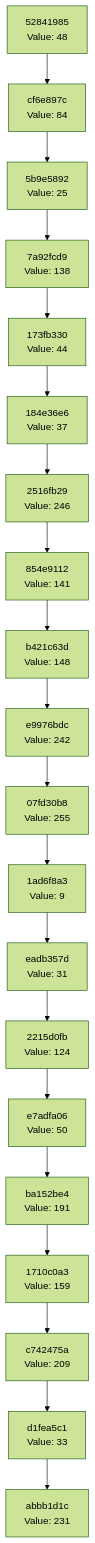
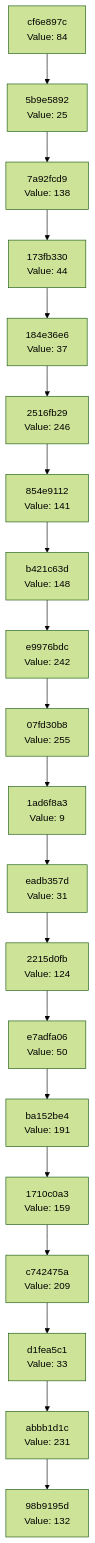
One commit to Abhisheksinha1506/hash-chain-evolver changed the diagram in docs/CHAIN_VISUALIZATION.md. Above: the diagram before and after it, drawn with Mermaid (forest theme). The commit also changed 3 other files, not shown here.

````diff
--- a/docs/CHAIN_VISUALIZATION.md
+++ b/docs/CHAIN_VISUALIZATION.md
@@ -3,42 +3,42 @@
 ```mermaid
 graph TD
-    C0["abbb1d1c<br/>Value: 231"]
-    C1["d1fea5c1<br/>Value: 33"]
+    C0["98b9195d<br/>Value: 132"]
+    C1["abbb1d1c<br/>Value: 231"]
     C1 --> C0
-    C2["c742475a<br/>Value: 209"]
+    C2["d1fea5c1<br/>Value: 33"]
     C2 --> C1
-    C3["1710c0a3<br/>Value: 159"]
+    C3["c742475a<br/>Value: 209"]
     C3 --> C2
-    C4["ba152be4<br/>Value: 191"]
+    C4["1710c0a3<br/>Value: 159"]
     C4 --> C3
-    C5["e7adfa06<br/>Value: 50"]
+    C5["ba152be4<br/>Value: 191"]
     C5 --> C4
-    C6["2215d0fb<br/>Value: 124"]
+    C6["e7adfa06<br/>Value: 50"]
     C6 --> C5
-    C7["eadb357d<br/>Value: 31"]
+    C7["2215d0fb<br/>Value: 124"]
     C7 --> C6
-    C8["1ad6f8a3<br/>Value: 9"]
+    C8["eadb357d<br/>Value: 31"]
     C8 --> C7
-    C9["07fd30b8<br/>Value: 255"]
+    C9["1ad6f8a3<br/>Value: 9"]
     C9 --> C8
-    C10["e9976bdc<br/>Value: 242"]
+    C10["07fd30b8<br/>Value: 255"]
     C10 --> C9
-    C11["b421c63d<br/>Value: 148"]
+    C11["e9976bdc<br/>Value: 242"]
     C11 --> C10
-    C12["854e9112<br/>Value: 141"]
+    C12["b421c63d<br/>Value: 148"]
     C12 --> C11
-    C13["2516fb29<br/>Value: 246"]
+    C13["854e9112<br/>Value: 141"]
     C13 --> C12
-    C14["184e36e6<br/>Value: 37"]
+    C14["2516fb29<br/>Value: 246"]
     C14 --> C13
-    C15["173fb330<br/>Value: 44"]
+    C15["184e36e6<br/>Value: 37"]
     C15 --> C14
-    C16["7a92fcd9<br/>Value: 138"]
+    C16["173fb330<br/>Value: 44"]
     C16 --> C15
-    C17["5b9e5892<br/>Value: 25"]
+    C17["7a92fcd9<br/>Value: 138"]
     C17 --> C16
-    C18["cf6e897c<br/>Value: 84"]
+    C18["5b9e5892<br/>Value: 25"]
     C18 --> C17
-    C19["52841985<br/>Value: 48"]
+    C19["cf6e897c<br/>Value: 84"]
     C19 --> C18
 ```
````
